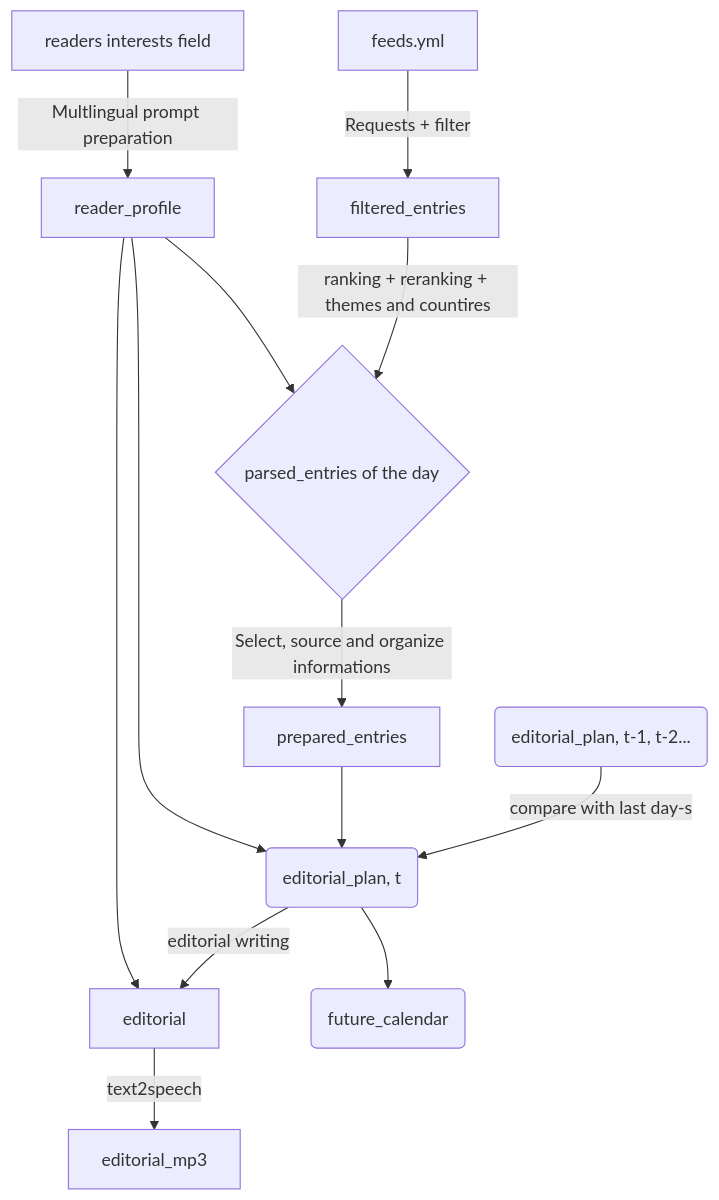
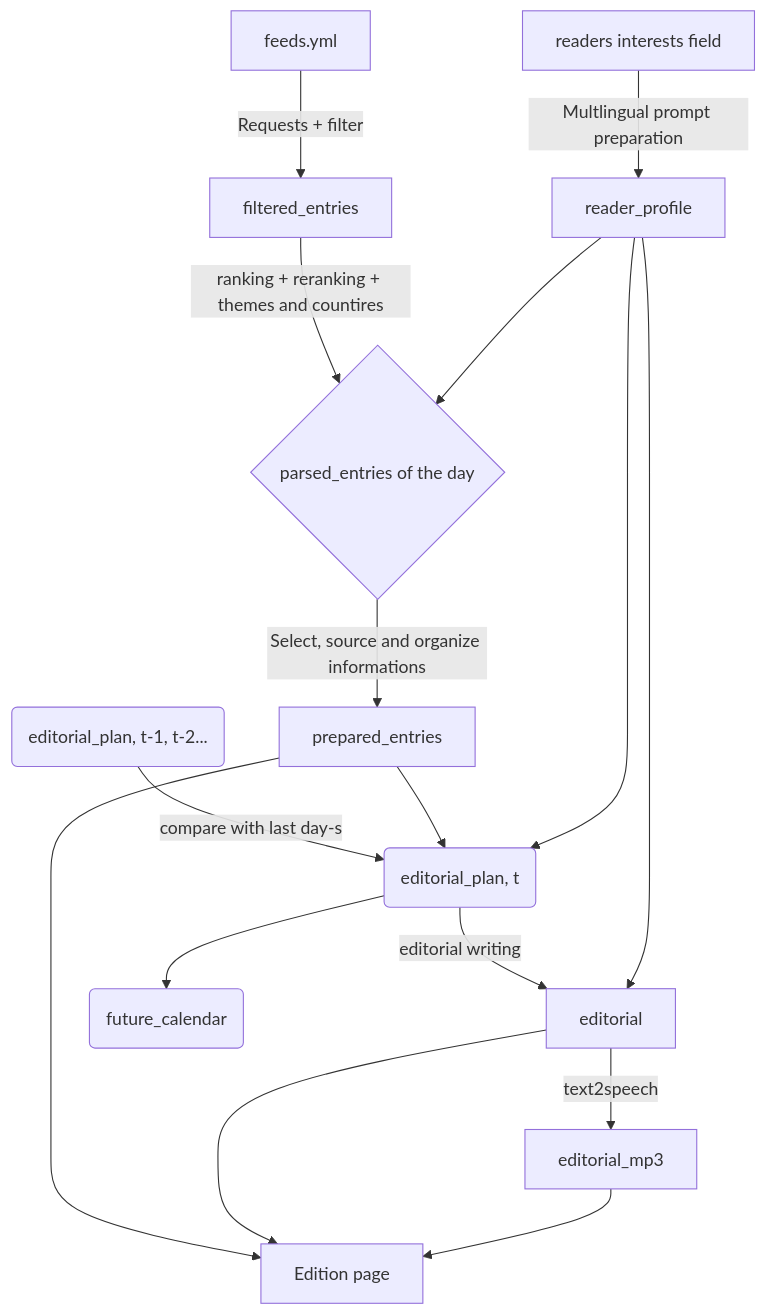
One commit to RenardDesNeiges/press_room changed the second of 2 diagrams in README.md. Above: the diagram before and after it, drawn with Mermaid. The commit also changed other lines of this file and 10 other files, not shown here.

````diff
--- a/README.md
+++ b/README.md
@@ -190,28 +221,33 @@
 ```mermaid
 flowchart TD
+
     A[feeds.yml] -->|Requests + filter| B[filtered_entries]
     B -->|ranking + reranking + themes and countires| C{parsed_entries of the day}
     
     D0(editorial_plan, t-1, t-2...)-->|compare with last day-s|D
 
 
     C -->|Select, source and organize informations|E2
     D(editorial_plan, t)-->|editorial writing|E1
 
     D-->E3(future_calendar)
 
     E1[editorial]
     E2[prepared_entries]
     E2-->D
 
     P0[readers interests field]
 
     P0-->|Multlingual prompt preparation|P1
     P1[reader_profile]
     P1-->E1
     P1-->D
     P1-->C
     
     E1-->|text2speech|F[editorial_mp3]
 
+    E2-->H[Edition page]
+    E1-->H
+    F-->H
+
 ```
````
